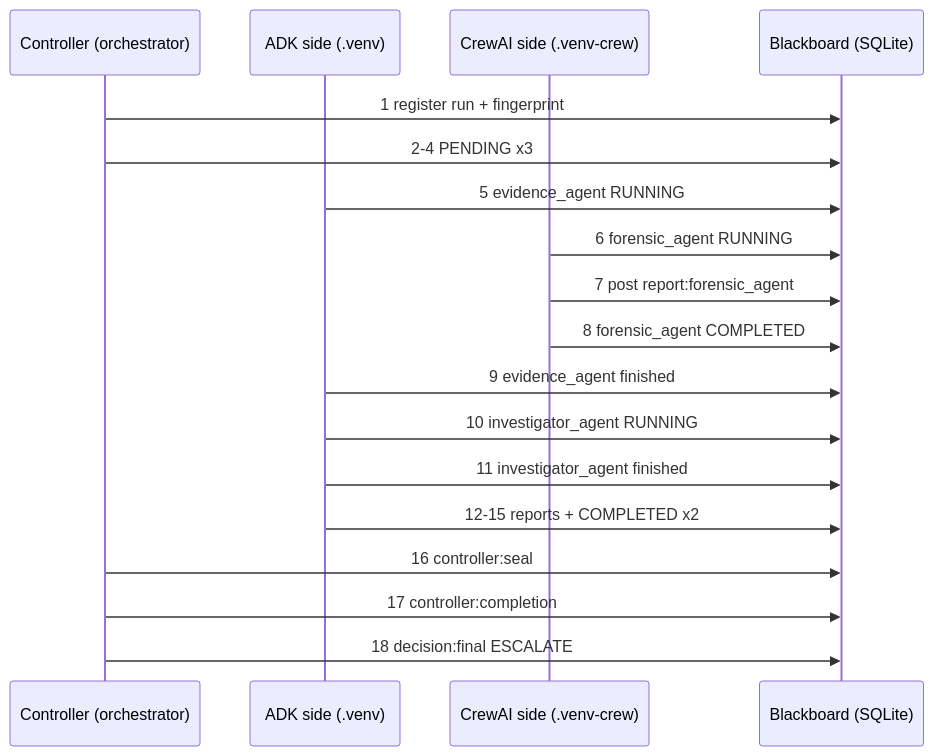
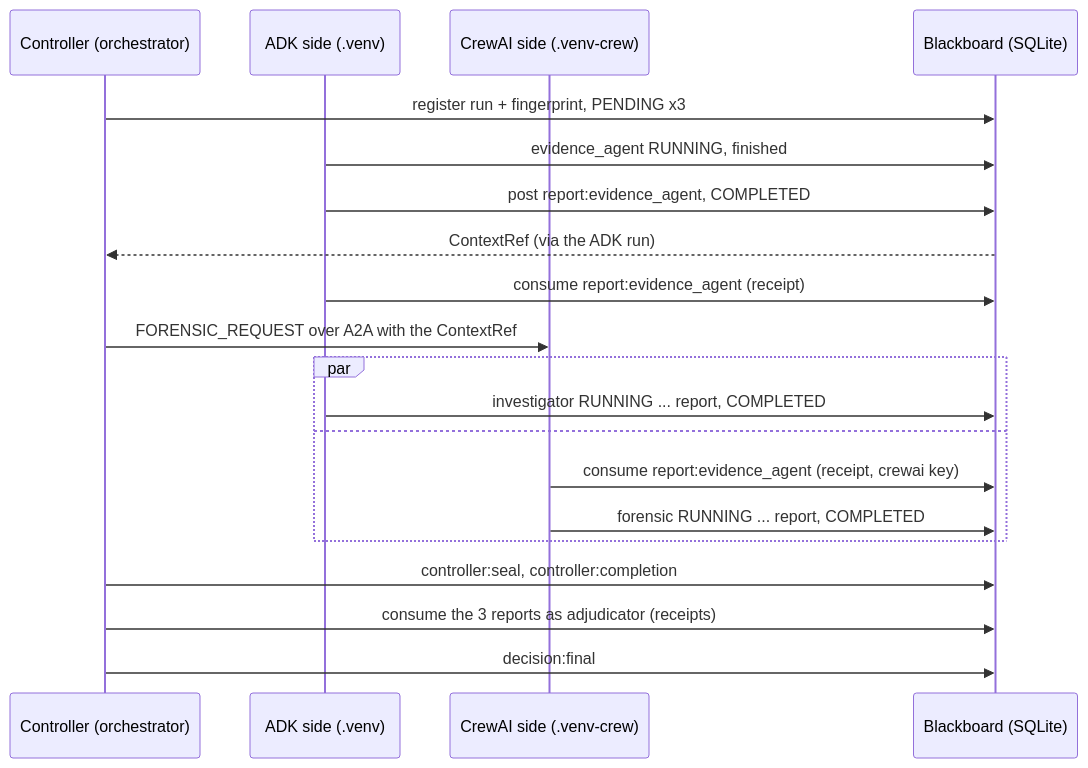
Before and after one commit to astitvasaxena/ClaimSleuth_simple: the sixth of 8 diagrams in docs/ARCHITECTURE_GUIDE.md, drawn with Mermaid. The commit also changed other lines of this file and 117 other files, not shown here.

````diff
--- a/docs/ARCHITECTURE_GUIDE.md
+++ b/docs/ARCHITECTURE_GUIDE.md
@@ -803,20 +1100,22 @@
 ```mermaid
 sequenceDiagram
     participant C as Controller (orchestrator)
     participant E as ADK side (.venv)
     participant F as CrewAI side (.venv-crew)
     participant B as Blackboard (SQLite)
-    C->>B: 1 register run + fingerprint
-    C->>B: 2-4 PENDING x3
-    E->>B: 5 evidence_agent RUNNING
-    F->>B: 6 forensic_agent RUNNING
-    F->>B: 7 post report:forensic_agent
-    F->>B: 8 forensic_agent COMPLETED
-    E->>B: 9 evidence_agent finished
-    E->>B: 10 investigator_agent RUNNING
-    E->>B: 11 investigator_agent finished
-    E->>B: 12-15 reports + COMPLETED x2
-    C->>B: 16 controller:seal
-    C->>B: 17 controller:completion
-    C->>B: 18 decision:final ESCALATE
+    C->>B: register run + fingerprint, PENDING x3
+    E->>B: evidence_agent RUNNING, finished
+    E->>B: post report:evidence_agent, COMPLETED
+    B-->>C: ContextRef (via the ADK run)
+    E->>B: consume report:evidence_agent (receipt)
+    C->>F: FORENSIC_REQUEST over A2A with the ContextRef
+    par
+        E->>B: investigator RUNNING ... report, COMPLETED
+    and
+        F->>B: consume report:evidence_agent (receipt, crewai key)
+        F->>B: forensic RUNNING ... report, COMPLETED
+    end
+    C->>B: controller:seal, controller:completion
+    C->>B: consume the 3 reports as adjudicator (receipts)
+    C->>B: decision:final
 ```
````
